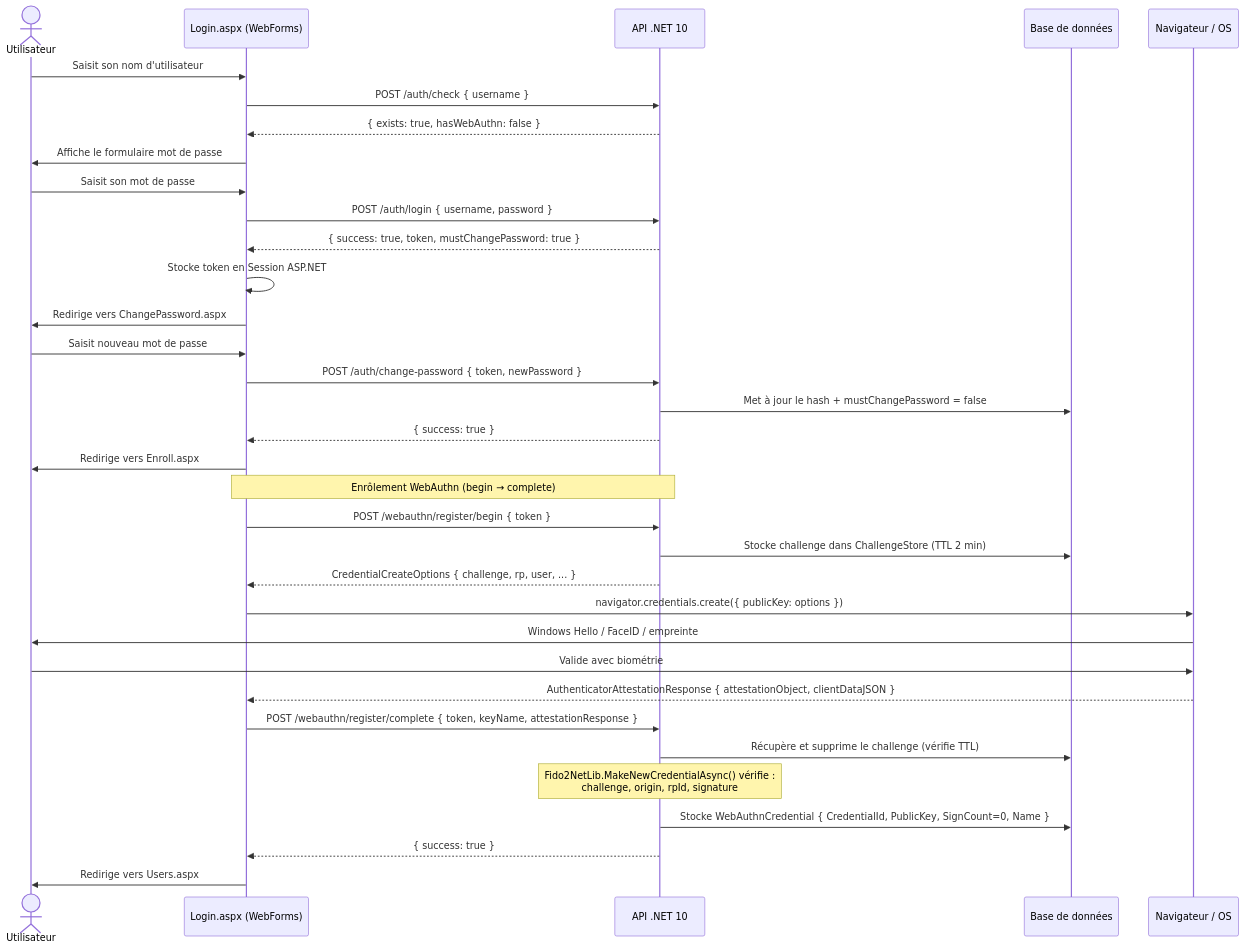
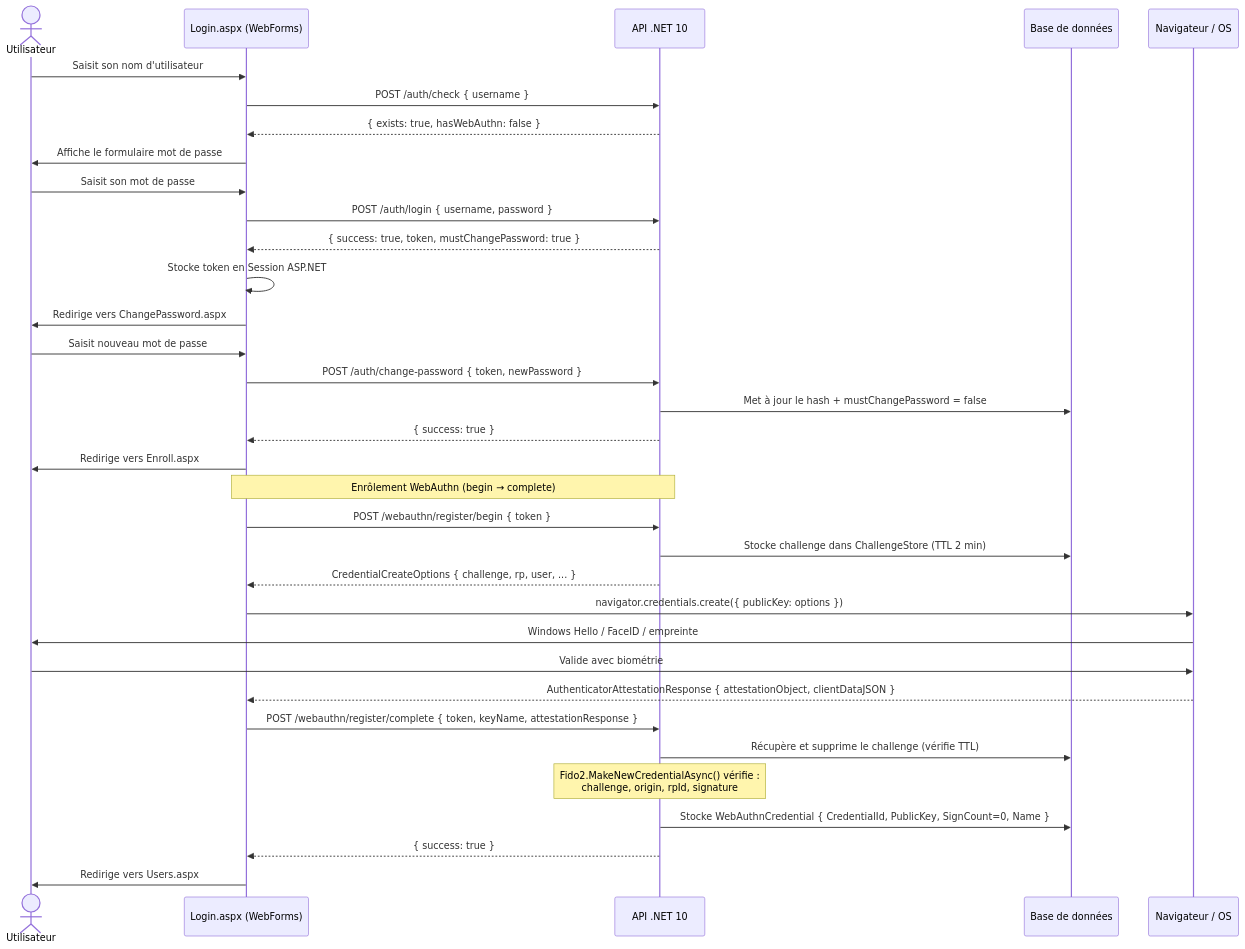
The second of 6 diagrams in Documentation/documentation.md (FantasticJoho/authentest), drawn with Mermaid before and after one commit. The commit also changed other lines of this file, not shown here.

Commit message:
fix: update references from Fido2NetLib to Fido2 in documentation

````diff
--- a/Documentation/documentation.md
+++ b/Documentation/documentation.md
@@ -44,43 +44,43 @@
 ```mermaid
 sequenceDiagram
     actor U as Utilisateur
     participant W as Login.aspx (WebForms)
     participant A as API .NET 10
     participant DB as Base de données
     participant OS as Navigateur / OS
 
     U->>W: Saisit son nom d'utilisateur
     W->>A: POST /auth/check { username }
     A-->>W: { exists: true, hasWebAuthn: false }
     W->>U: Affiche le formulaire mot de passe
 
     U->>W: Saisit son mot de passe
     W->>A: POST /auth/login { username, password }
     A-->>W: { success: true, token, mustChangePassword: true }
     W->>W: Stocke token en Session ASP.NET
     W->>U: Redirige vers ChangePassword.aspx
 
     U->>W: Saisit nouveau mot de passe
     W->>A: POST /auth/change-password { token, newPassword }
     A->>DB: Met à jour le hash + mustChangePassword = false
     A-->>W: { success: true }
     W->>U: Redirige vers Enroll.aspx
 
     Note over W,A: Enrôlement WebAuthn (begin → complete)
 
     W->>A: POST /webauthn/register/begin { token }
     A->>DB: Stocke challenge dans ChallengeStore (TTL 2 min)
     A-->>W: CredentialCreateOptions { challenge, rp, user, ... }
 
     W->>OS: navigator.credentials.create({ publicKey: options })
     OS->>U: Windows Hello / FaceID / empreinte
     U->>OS: Valide avec biométrie
     OS-->>W: AuthenticatorAttestationResponse { attestationObject, clientDataJSON }
 
     W->>A: POST /webauthn/register/complete { token, keyName, attestationResponse }
     A->>DB: Récupère et supprime le challenge (vérifie TTL)
-    Note over A: Fido2NetLib.MakeNewCredentialAsync() vérifie :<br/>challenge, origin, rpId, signature
+    Note over A: Fido2.MakeNewCredentialAsync() vérifie :<br/>challenge, origin, rpId, signature
     A->>DB: Stocke WebAuthnCredential { CredentialId, PublicKey, SignCount=0, Name }
     A-->>W: { success: true }
     W->>U: Redirige vers Users.aspx
 ```
````
